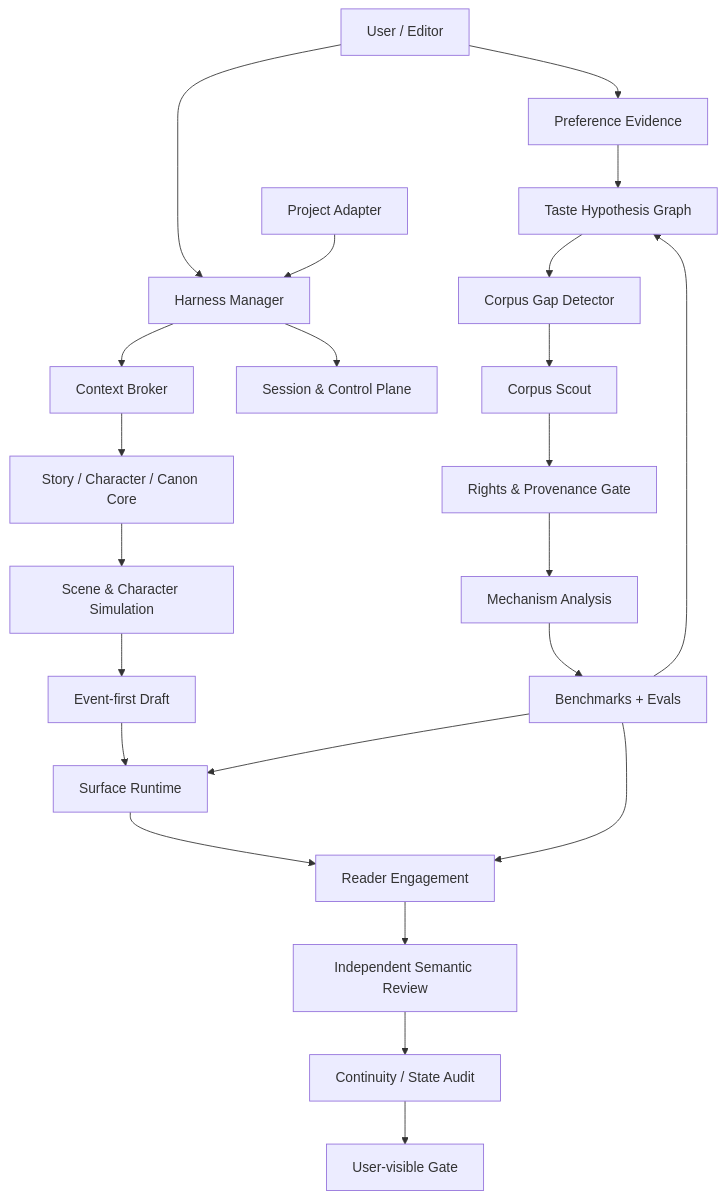
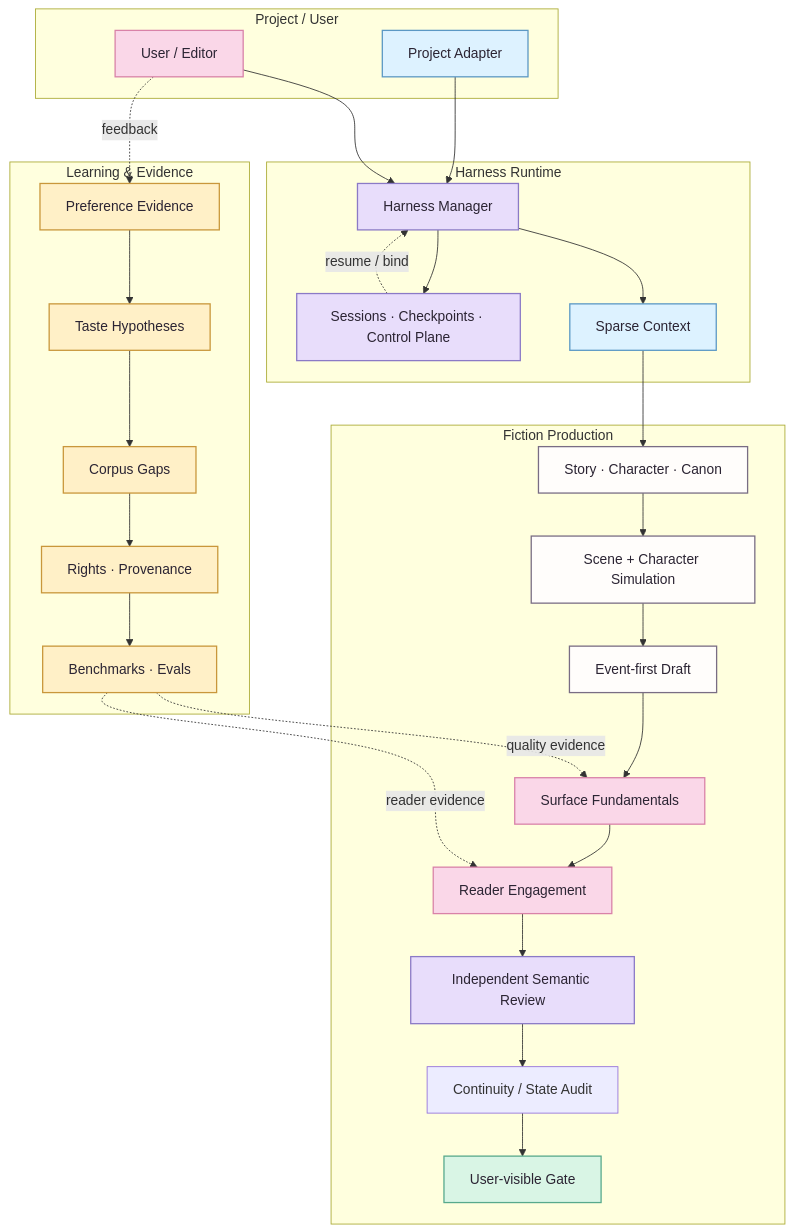
One commit to xiaooye/Quillframe changed the diagram in README.en.md. Above: the diagram before and after it, drawn with Mermaid. The commit also changed other lines of this file, not shown here.

````diff
--- a/README.en.md
+++ b/README.en.md
@@ -30,26 +30,59 @@
 ```mermaid
 flowchart TB
-    U[User / Editor] --> M[Harness Manager]
-    PA[Project Adapter] --> M
-    M --> CTX[Context Broker]
-    M --> CP[Session & Control Plane]
-    CTX --> CORE[Story / Character / Canon Core]
-    CORE --> SIM[Scene & Character Simulation]
-    SIM --> D[Event-first Draft]
-    D --> SURF[Surface Runtime]
-    SURF --> READ[Reader Engagement]
-    READ --> SEM[Independent Semantic Review]
-    SEM --> CONT[Continuity / State Audit]
-    CONT --> GATE[User-visible Gate]
+    subgraph INPUT[Project / User]
+        U[User / Editor]
+        PA[Project Adapter]
+    end
 
-    U --> PREF[Preference Evidence]
-    PREF --> HYP[Taste Hypothesis Graph]
-    HYP --> GAP[Corpus Gap Detector]
-    GAP --> SCOUT[Corpus Scout]
-    SCOUT --> RIGHTS[Rights & Provenance Gate]
-    RIGHTS --> ANALYZE[Mechanism Analysis]
-    ANALYZE --> BENCH[Benchmarks + Evals]
-    BENCH --> HYP
-    BENCH --> SURF
-    BENCH --> READ
+    subgraph RUNTIME[Harness Runtime]
+        M[Harness Manager]
+        CTX[Sparse Context]
+        CP[Sessions · Checkpoints · Control Plane]
+    end
+
+    subgraph PROD[Fiction Production]
+        CORE[Story · Character · Canon]
+        SIM[Scene + Character Simulation]
+        D[Event-first Draft]
+        SURF[Surface Fundamentals]
+        READ[Reader Engagement]
+        SEM[Independent Semantic Review]
+        CONT[Continuity / State Audit]
+        GATE[User-visible Gate]
+    end
+
+    subgraph LEARN[Learning & Evidence]
+        PREF[Preference Evidence]
+        HYP[Taste Hypotheses]
+        GAP[Corpus Gaps]
+        RIGHTS[Rights · Provenance]
+        BENCH[Benchmarks · Evals]
+    end
+
+    U --> M
+    PA --> M
+    M --> CTX
+    M --> CP
+    CTX --> CORE
+    CORE --> SIM --> D --> SURF --> READ --> SEM --> CONT --> GATE
+
+    U -. feedback .-> PREF
+    PREF --> HYP --> GAP --> RIGHTS --> BENCH
+    BENCH -. quality evidence .-> SURF
+    BENCH -. reader evidence .-> READ
+    CP -. resume / bind .-> M
+
+    classDef project fill:#DDF2FF,stroke:#5B98C4,color:#2B2433,stroke-width:1.5px;
+    classDef runtime fill:#E8DDFB,stroke:#8B7AC6,color:#2B2433,stroke-width:1.5px;
+    classDef story fill:#FFFDFB,stroke:#796D84,color:#2B2433,stroke-width:1.5px;
+    classDef quality fill:#FAD7E8,stroke:#D982A8,color:#2B2433,stroke-width:1.5px;
+    classDef evidence fill:#FFF0C7,stroke:#C9973B,color:#2B2433,stroke-width:1.5px;
+    classDef gate fill:#D9F5E5,stroke:#58A98C,color:#2B2433,stroke-width:1.5px;
+
+    class PA,CTX project;
+    class M,CP,SEM runtime;
+    class CORE,SIM,D story;
+    class SURF,READ,U quality;
+    class PREF,HYP,GAP,RIGHTS,BENCH evidence;
+    class GATE gate;
 ```
````
